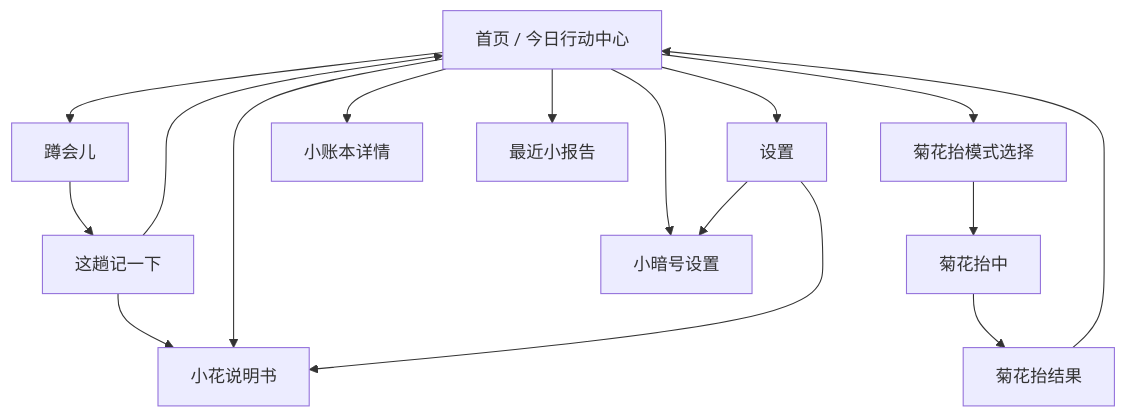
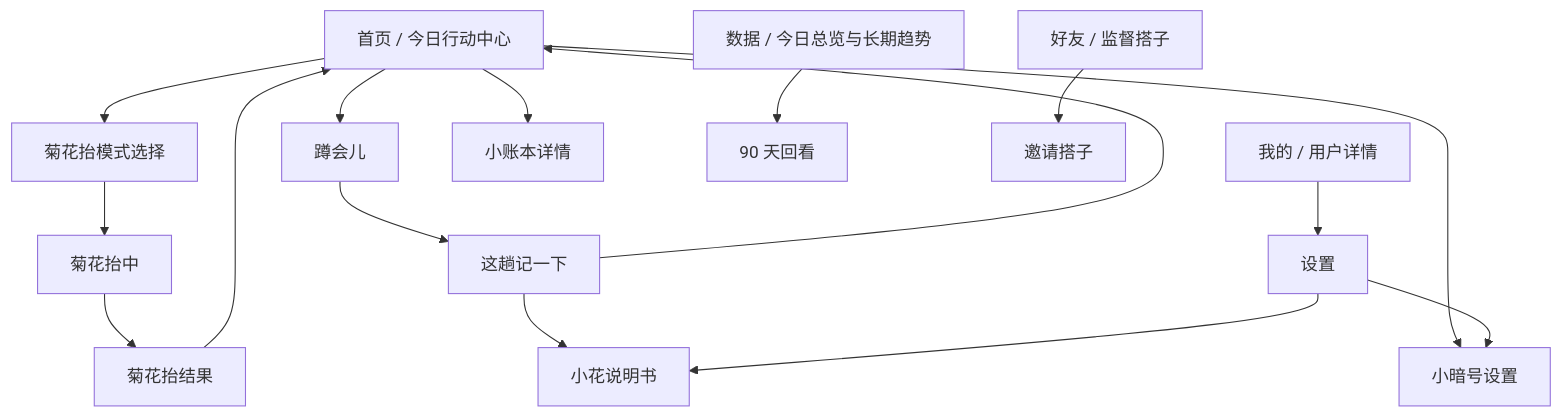
One commit to KexQiu/GangGangGo changed the diagram in docs/v0.1/ui-interaction-design.md. Above: the diagram before and after it, drawn with Mermaid. The commit also changed other lines of this file and 22 other files, not shown here.

````diff
--- a/docs/v0.1/ui-interaction-design.md
+++ b/docs/v0.1/ui-interaction-design.md
@@ -34,30 +34,32 @@
 ```mermaid
 flowchart TD
   Home["首页 / 今日行动中心"]
+  Trends["数据 / 今日总览与长期趋势"]
+  Team["好友 / 监督搭子"]
+  Me["我的 / 用户详情"]
   Settings["设置"]
   Training["菊花抬模式选择"]
   TrainingSession["菊花抬中"]
   TrainingComplete["菊花抬结果"]
   Toilet["蹲会儿"]
   ToiletComplete["这趟记一下"]
   Habits["小账本详情"]
   Reminders["小暗号设置"]
   Safety["小花说明书"]
-  Trends["最近小报告"]
 
-  Home --> Settings
   Home --> Training
   Training --> TrainingSession
   TrainingSession --> TrainingComplete
   TrainingComplete --> Home
   Home --> Toilet
   Toilet --> ToiletComplete
   ToiletComplete --> Home
   ToiletComplete --> Safety
   Home --> Habits
   Home --> Reminders
-  Home --> Safety
-  Home --> Trends
+  Trends --> TrendsAdvanced["90 天回看"]
+  Team --> TeamInvite["邀请搭子"]
+  Me --> Settings
   Settings --> Reminders
   Settings --> Safety
 ```
````
